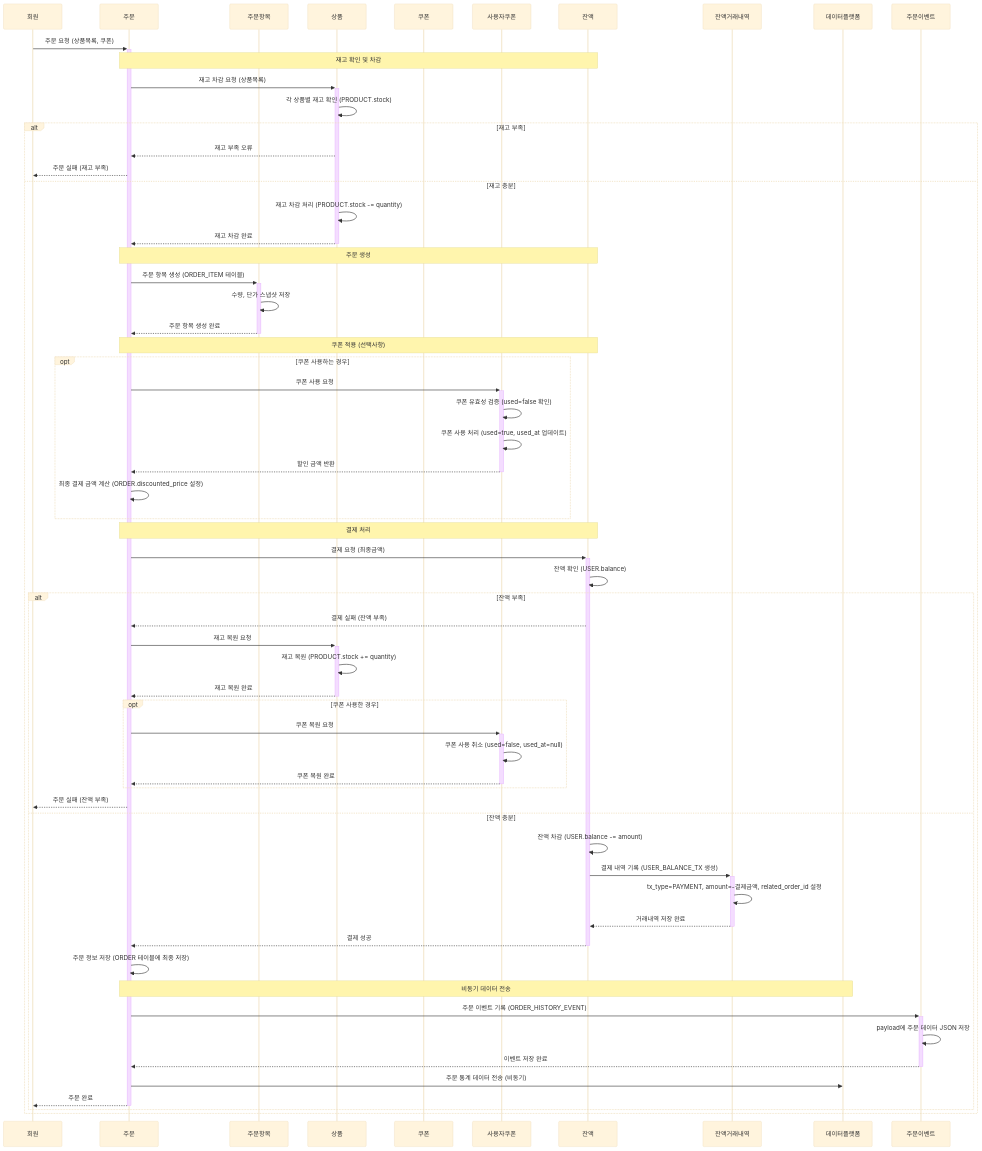
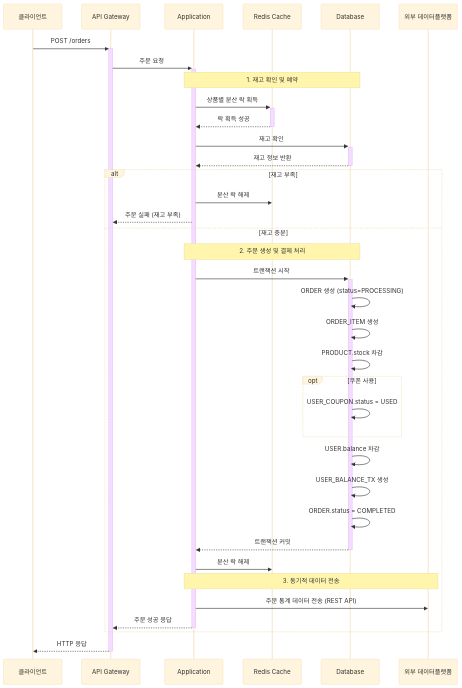
Before and after one commit to yuni02/hhplus-ecommerce: the fifth of 7 diagrams in docs/sequence_diagram.md, drawn with Mermaid (base theme). The commit also changed other lines of this file and 2 other files, not shown here.

First line of the commit message:
chore: erd에 상태값 추가하고 시퀀스 다이어그램을 기술적 계층 단위별로 분리하는 방식으로 변경

````diff
--- a/docs/sequence_diagram.md
+++ b/docs/sequence_diagram.md
@@ -83,74 +122,48 @@
 ```mermaid
 sequenceDiagram
-    participant User as 회원
-    participant Order as 주문
-    participant OrderItem as 주문항목
-    participant Product as 상품
-    participant Coupon as 쿠폰
-    participant UserCoupon as 사용자쿠폰
-    participant Balance as 잔액
-    participant BalanceTx as 잔액거래내역
-    participant DataPlatform as 데이터플랫폼
-    participant OrderEvent as 주문이벤트
+    participant Client as 클라이언트
+    participant API as API Gateway
+    participant App as Application
+    participant Redis as Redis Cache
+    participant DB as Database
+    participant External as 외부 데이터플랫폼
 
-    User->>+Order: 주문 요청 (상품목록, 쿠폰)
+    Client->>+API: POST /orders
+    API->>+App: 주문 요청
 
-    Note over Order, Balance: 재고 확인 및 차감
-    Order->>+Product: 재고 차감 요청 (상품목록)
-    Product->>Product: 각 상품별 재고 확인 (PRODUCT.stock)
+    Note over App, DB: 1. 재고 확인 및 예약
+    App->>+Redis: 상품별 분산 락 획득
+    Redis-->>-App: 락 획득 성공
+
+    App->>+DB: 재고 확인
+    DB-->>-App: 재고 정보 반환
 
     alt 재고 부족
-        Product-->>Order: 재고 부족 오류
-        Order-->>User: 주문 실패 (재고 부족)
+        App->>Redis: 분산 락 해제
+        App-->>API: 주문 실패 (재고 부족)
     else 재고 충분
-        Product->>Product: 재고 차감 처리 (PRODUCT.stock -= quantity)
-        Product-->>-Order: 재고 차감 완료
+        Note over App, DB: 2. 주문 생성 및 결제 처리
+        App->>+DB: 트랜잭션 시작
+        DB->>DB: ORDER 생성 (status=PROCESSING)
+        DB->>DB: ORDER_ITEM 생성
+        DB->>DB: PRODUCT.stock 차감
 
-        Note over Order, Balance: 주문 생성
-        Order->>+OrderItem: 주문 항목 생성 (ORDER_ITEM 테이블)
-        OrderItem->>OrderItem: 수량, 단가 스냅샷 저장
-        OrderItem-->>-Order: 주문 항목 생성 완료
-
-        Note over Order, Balance: 쿠폰 적용 (선택사항)
-        opt 쿠폰 사용하는 경우
-            Order->>+UserCoupon: 쿠폰 사용 요청
-            UserCoupon->>UserCoupon: 쿠폰 유효성 검증 (used=false 확인)
-            UserCoupon->>UserCoupon: 쿠폰 사용 처리 (used=true, used_at 업데이트)
-            UserCoupon-->>-Order: 할인 금액 반환
-            Order->>Order: 최종 결제 금액 계산 (ORDER.discounted_price 설정)
+        opt 쿠폰 사용
+            DB->>DB: USER_COUPON.status = USED
         end
 
-        Note over Order, Balance: 결제 처리
-        Order->>+Balance: 결제 요청 (최종금액)
-        Balance->>Balance: 잔액 확인 (USER.balance)
+        DB->>DB: USER.balance 차감
+        DB->>DB: USER_BALANCE_TX 생성
+        DB->>DB: ORDER.status = COMPLETED
+        DB-->>-App: 트랜잭션 커밋
 
-        alt 잔액 부족
-            Balance-->>Order: 결제 실패 (잔액 부족)
-            Order->>+Product: 재고 복원 요청
-            Product->>Product: 재고 복원 (PRODUCT.stock += quantity)
-            Product-->>-Order: 재고 복원 완료
-            opt 쿠폰 사용한 경우
-                Order->>+UserCoupon: 쿠폰 복원 요청
-                UserCoupon->>UserCoupon: 쿠폰 사용 취소 (used=false, used_at=null)
-                UserCoupon-->>-Order: 쿠폰 복원 완료
-            end
-            Order-->>User: 주문 실패 (잔액 부족)
-        else 잔액 충분
-            Balance->>Balance: 잔액 차감 (USER.balance -= amount)
-            Balance->>+BalanceTx: 결제 내역 기록 (USER_BALANCE_TX 생성)
-            BalanceTx->>BalanceTx: tx_type=PAYMENT, amount=-결제금액, related_order_id 설정
-            BalanceTx-->>-Balance: 거래내역 저장 완료
-            Balance-->>-Order: 결제 성공
+        App->>Redis: 분산 락 해제
 
-            Order->>Order: 주문 정보 저장 (ORDER 테이블에 최종 저장)
+        Note over App, External: 3. 동기적 데이터 전송
+        App->>External: 주문 통계 데이터 전송 (REST API)
 
-            Note over Order, DataPlatform: 비동기 데이터 전송
-            Order->>+OrderEvent: 주문 이벤트 기록 (ORDER_HISTORY_EVENT)
-            OrderEvent->>OrderEvent: payload에 주문 데이터 JSON 저장
-            OrderEvent-->>-Order: 이벤트 저장 완료
-            Order->>DataPlatform: 주문 통계 데이터 전송 (비동기)
+        App-->>-API: 주문 성공 응답
+    end
 
-            Order-->>-User: 주문 완료
-        end
-    end
+    API-->>-Client: HTTP 응답
 ```
````
